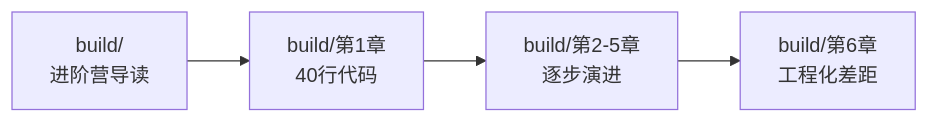
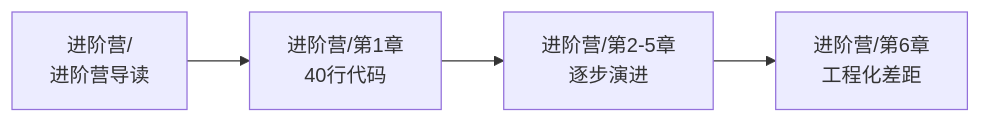
Before and after one commit to sine-io/byte-of-nanobot: the third of 3 diagrams in docs/zh-cn/zero/00-before-you-start.md, drawn with Mermaid. The commit also changed other lines of this file and 20 other files, not shown here.

````diff
--- a/docs/zh-cn/zero/00-before-you-start.md
+++ b/docs/zh-cn/zero/00-before-you-start.md
@@ -90,6 +90,6 @@
 ```mermaid
 flowchart LR
-    A[build/<br/>进阶营导读] --> B[build/第1章<br/>40行代码]
-    B --> C[build/第2-5章<br/>逐步演进]
-    C --> D[build/第6章<br/>工程化差距]
+    A[进阶营/<br/>进阶营导读] --> B[进阶营/第1章<br/>40行代码]
+    B --> C[进阶营/第2-5章<br/>逐步演进]
+    C --> D[进阶营/第6章<br/>工程化差距]
 ```
````
